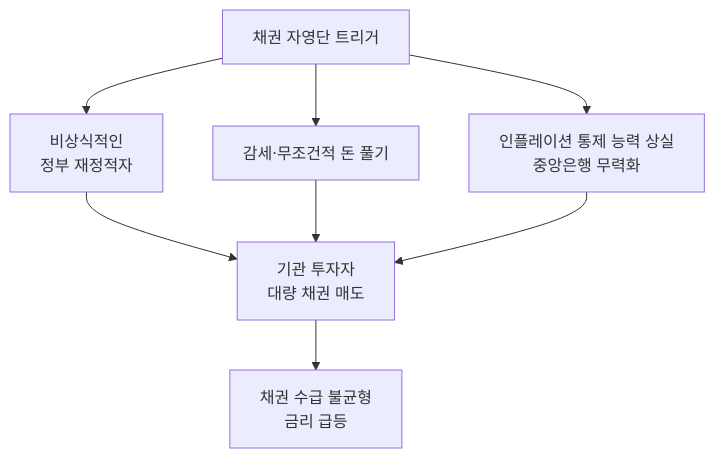
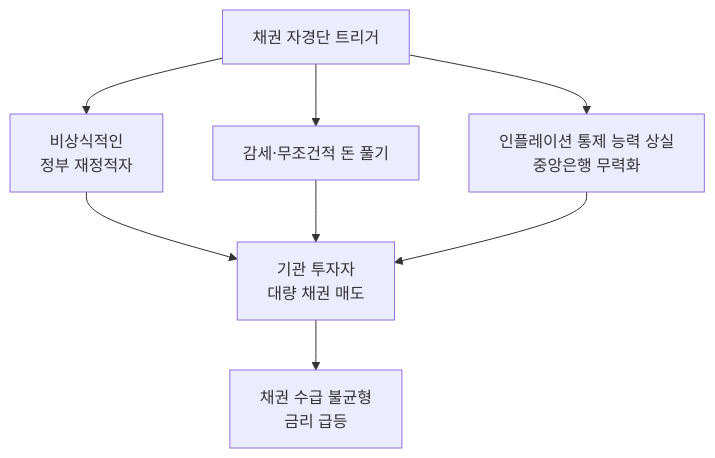
Before and after one commit to kji6252/kji6252.github.io: the third of 3 diagrams in _posts/2026-05-26-inflation-asset-allocation-strategy.md, drawn with Mermaid. The commit also changed other lines of this file, not shown here.

Commit message:
fix: 자영단→자경단 (Bond Vigilante 올바른 표기)

````diff
--- a/_posts/2026-05-26-inflation-asset-allocation-strategy.md
+++ b/_posts/2026-05-26-inflation-asset-allocation-strategy.md
@@ -206,10 +206,10 @@
 ```mermaid
 flowchart TD
-    A[채권 자영단 트리거] --> B[비상식적인<br/>정부 재정적자]
+    A[채권 자경단 트리거] --> B[비상식적인<br/>정부 재정적자]
     A --> C[감세·무조건적 돈 풀기]
     A --> D[인플레이션 통제 능력 상실<br/>중앙은행 무력화]
     B --> E[기관 투자자<br/>대량 채권 매도]
     C --> E
     D --> E
     E --> F[채권 수급 불균형<br/>금리 급등]
 ```
````
